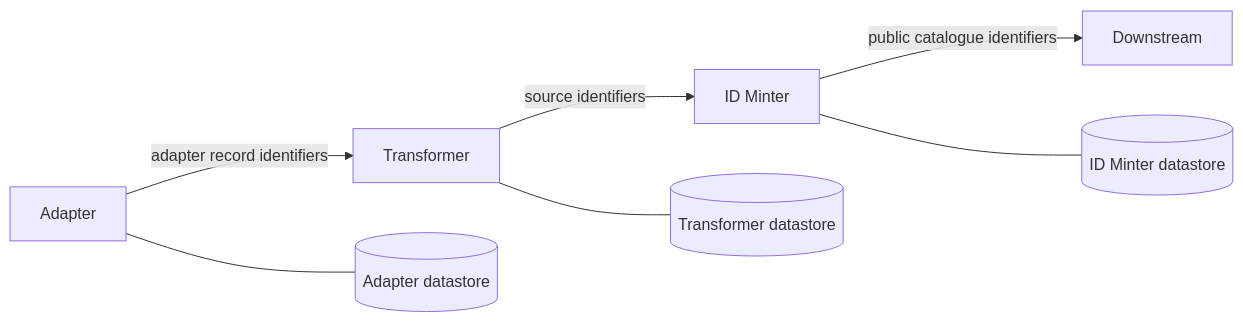
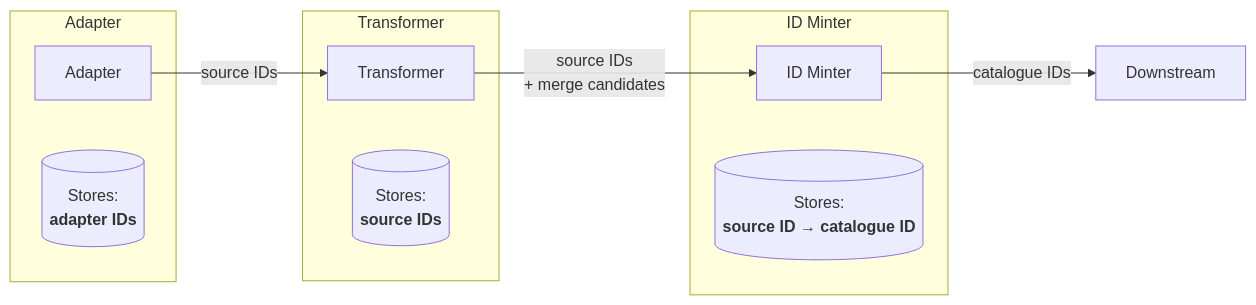
One commit to wellcomecollection/docs changed the first of 2 diagrams in rfcs/XXX-stable_identifiers/README.md. Above: the diagram before and after it, drawn with Mermaid. The commit also changed 1 other file, not shown here.

Commit message:
update first mermaid diagram

````diff
--- a/rfcs/XXX-stable_identifiers/README.md
+++ b/rfcs/XXX-stable_identifiers/README.md
@@ -11,10 +11,21 @@
 ```mermaid
 flowchart LR
-    A[Adapter] -->|adapter record identifiers| T[Transformer]
-    T -->|source identifiers| M[ID Minter]
-    M -->|public catalogue identifiers| D[Downstream]
+    subgraph Adapter
+        A[Adapter]
+        ADB[("Stores:<br/><b>adapter IDs</b>")]
+    end
 
-    A --- ADB[(Adapter datastore)]
-    T --- TDB[(Transformer datastore)]
-    M --- MDB[(ID Minter datastore)]
+    subgraph Transformer
+        T[Transformer]
+        TDB[("Stores:<br/><b>source IDs</b>")]
+    end
+
+    subgraph ID Minter
+        M[ID Minter]
+        MDB[("Stores:<br/><b>source ID → catalogue ID</b>")]
+    end
+
+    A -->|"source IDs"| T
+    T -->|"source IDs<br/>+ merge candidates"| M
+    M -->|"catalogue IDs"| D[Downstream]
 ```
````
